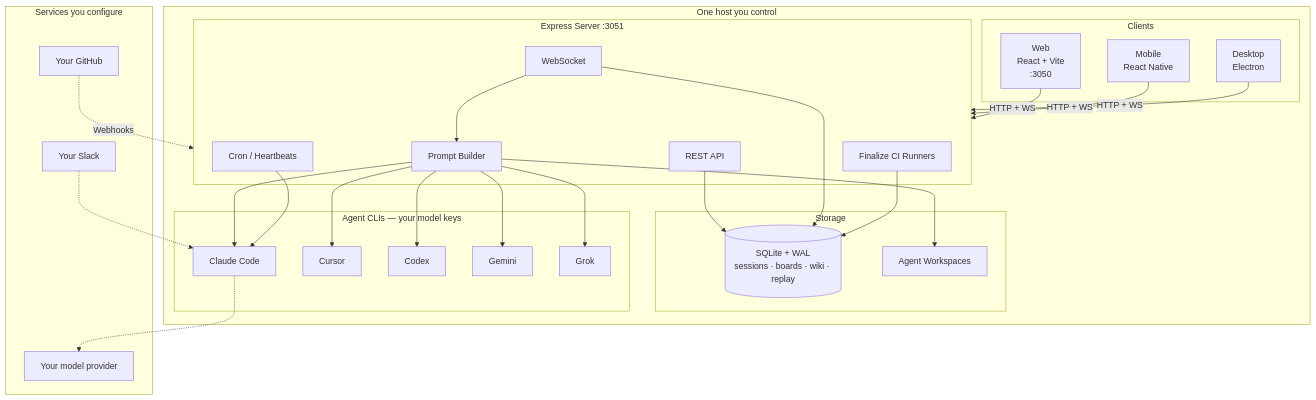
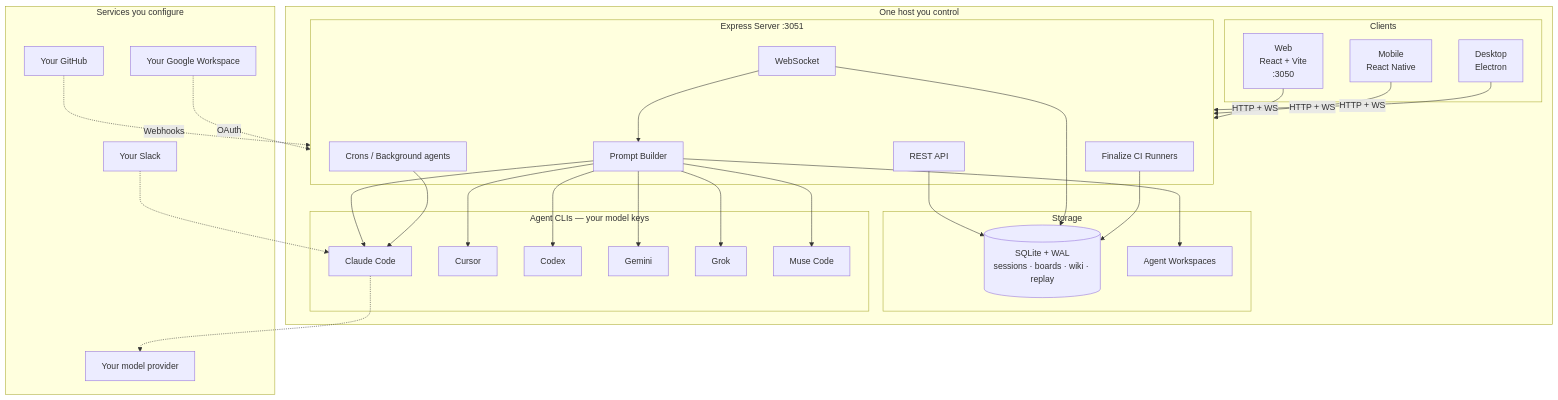
One commit to Speakman-ai/agent-hub changed the first of 2 diagrams in README.md. Above: the diagram before and after it, drawn with Mermaid. The commit also changed other lines of this file, not shown here.

````diff
--- a/README.md
+++ b/README.md
@@ -338,42 +425,45 @@
 ```mermaid
 graph TB
     subgraph Host["One host you control"]
         subgraph Clients
             WEB["Web<br/>React + Vite<br/>:3050"]
             MOB["Mobile<br/>React Native"]
             DESK["Desktop<br/>Electron"]
         end
         subgraph Server["Express Server :3051"]
             REST[REST API]
             WS[WebSocket]
             PROMPT[Prompt Builder]
-            CRON[Cron / Heartbeats]
+            CRON[Crons / Background agents]
             FIN[Finalize CI Runners]
         end
         subgraph Storage
             DB[(SQLite + WAL<br/>sessions · boards · wiki · replay)]
             FS[Agent Workspaces]
         end
         subgraph Engines["Agent CLIs — your model keys"]
             CLAUDE[Claude Code]
             CURSOR[Cursor]
             CODEX[Codex]
             GEMINI[Gemini]
             GROK[Grok]
+            MUSE[Muse Code]
         end
         WEB & MOB & DESK -->|HTTP + WS| Server
         REST & WS --> DB
-        WS --> PROMPT --> CLAUDE & CURSOR & CODEX & GEMINI & GROK
+        WS --> PROMPT --> CLAUDE & CURSOR & CODEX & GEMINI & GROK & MUSE
         PROMPT --> FS
         CRON --> CLAUDE
         FIN --> DB
     end
     subgraph Yours["Services you configure"]
         GH[Your GitHub]
         SLACK[Your Slack]
+        GOOG[Your Google Workspace]
         MODELS[Your model provider]
     end
     CLAUDE -.-> MODELS
     GH -.->|Webhooks| Server
     SLACK -.-> CLAUDE
+    GOOG -.->|OAuth| Server
 ```
````
